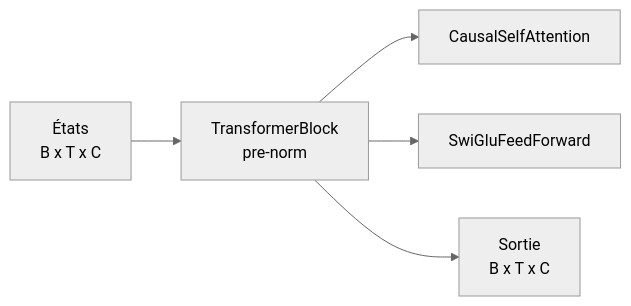
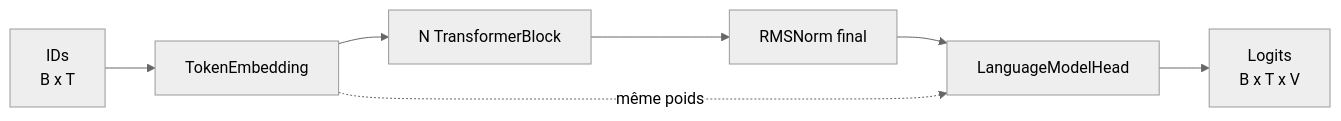
Before and after one commit to lxp-technologies/lxp-mini-1xm: the second of 2 diagrams in docs/architecture/overview.md, drawn with Mermaid (neutral theme). The commit also changed other lines of this file and 16 other files, not shown here.

First line of the commit message:
Feature/pr08 decoder language model (#8)

````diff
--- a/docs/architecture/overview.md
+++ b/docs/architecture/overview.md
@@ -32,7 +32,9 @@
 ```mermaid
 flowchart LR
-    X[États<br/>B x T x C] --> BLOCK[TransformerBlock<br/>pre-norm]
-    BLOCK --> ATT[CausalSelfAttention]
-    BLOCK --> FFN[SwiGluFeedForward]
-    BLOCK --> Y[Sortie<br/>B x T x C]
+    IDS[IDs<br/>B x T] --> EMB[TokenEmbedding]
+    EMB --> BLOCKS[N TransformerBlock]
+    BLOCKS --> NORM[RMSNorm final]
+    NORM --> HEAD[LanguageModelHead]
+    HEAD --> LOGITS[Logits<br/>B x T x V]
+    EMB -. même poids .-> HEAD
 ```
````
